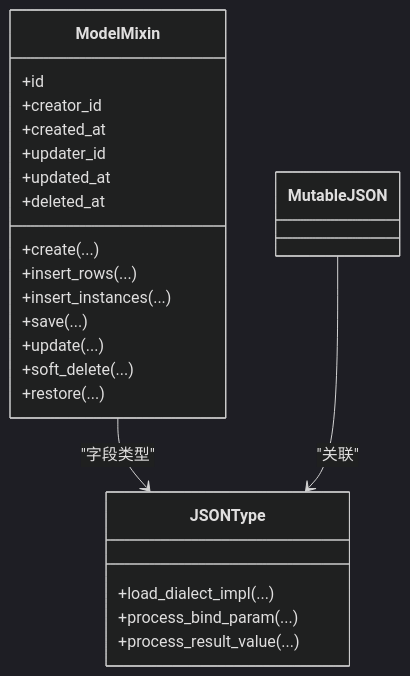
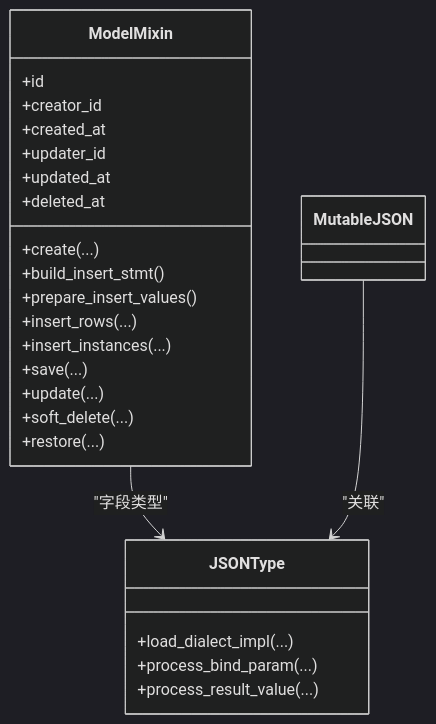
The eighth of 10 diagrams in .qoder/repowiki/zh/content/数据访问层/数据访问层.md (lilinzezzzzzz/fastapi-backend), drawn with Mermaid (dark theme) before and after one commit. The commit also changed other lines of this file and 42 other files, not shown here.

````diff
--- a/.qoder/repowiki/zh/content/数据访问层/数据访问层.md
+++ b/.qoder/repowiki/zh/content/数据访问层/数据访问层.md
@@ -237,26 +394,28 @@
 ```mermaid
 classDiagram
 class ModelMixin {
 +id
 +creator_id
 +created_at
 +updater_id
 +updated_at
 +deleted_at
 +create(...)
++build_insert_stmt()
++prepare_insert_values()
 +insert_rows(...)
 +insert_instances(...)
 +save(...)
 +update(...)
 +soft_delete(...)
 +restore(...)
 }
 class JSONType {
 +load_dialect_impl(...)
 +process_bind_param(...)
 +process_result_value(...)
 }
 class MutableJSON
 ModelMixin --> JSONType : "字段类型"
 MutableJSON --> JSONType : "关联"
 ```
````
